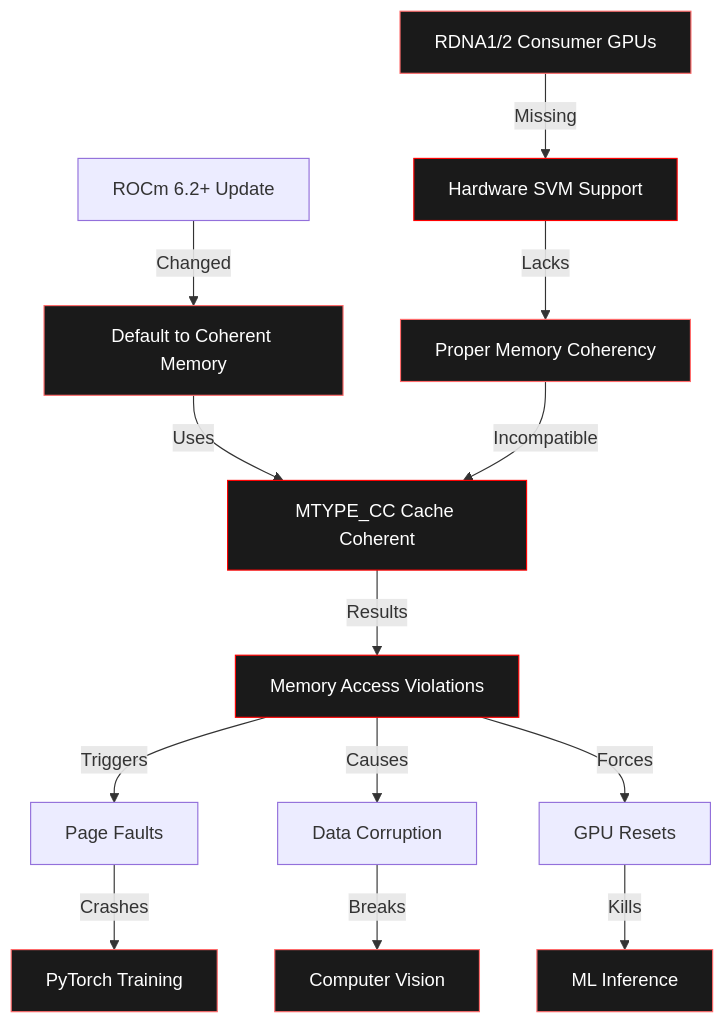
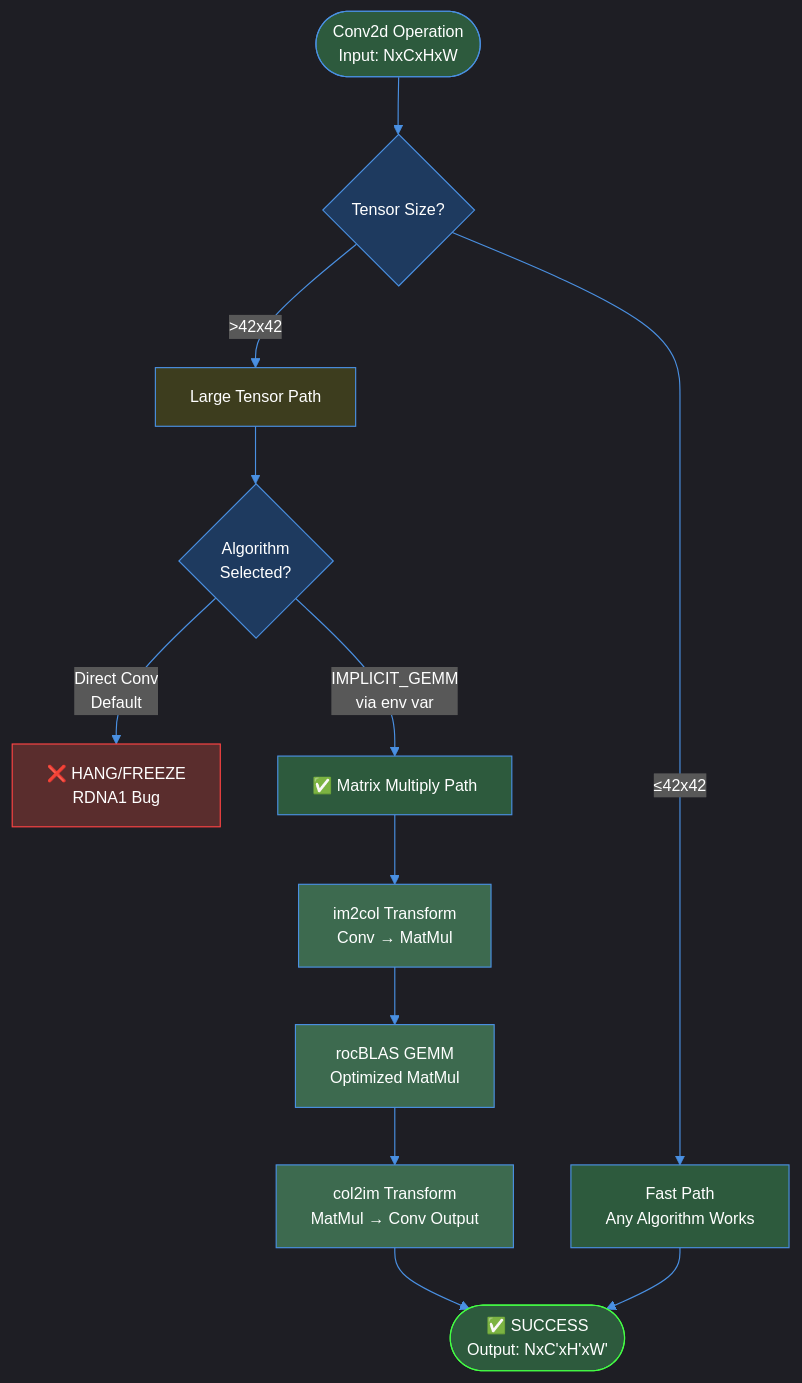
One commit to hkevin01/rocm-patch changed the second of 2 diagrams in README.md. Above: the diagram before and after it, drawn with Mermaid. The commit also changed other lines of this file and 188 other files, not shown here.

````diff
--- a/README.md
+++ b/README.md
@@ -117,29 +106,32 @@
 ```mermaid
-graph TD
-    A[RDNA1/2 Consumer GPUs] -->|Missing| B[Hardware SVM Support]
-    B -->|Lacks| C[Proper Memory Coherency]
-
-    D[ROCm 6.2+ Update] -->|Changed| E[Default to Coherent Memory]
-    E -->|Uses| F[MTYPE_CC Cache Coherent]
-
-    C -->|Incompatible| F
-    F -->|Results| G[Memory Access Violations]
-
-    G -->|Triggers| H[Page Faults]
-    G -->|Causes| I[Data Corruption]
-    G -->|Forces| J[GPU Resets]
-
-    H -->|Crashes| K[PyTorch Training]
-    I -->|Breaks| L[Computer Vision]
-    J -->|Kills| M[ML Inference]
-
-    style A fill:#1a1a1a,stroke:#ff6b6b,color:#ffffff
-    style B fill:#1a1a1a,stroke:#ff0000,color:#ffffff
-    style C fill:#1a1a1a,stroke:#ff6b6b,color:#ffffff
-    style E fill:#1a1a1a,stroke:#ff6b6b,color:#ffffff
-    style F fill:#1a1a1a,stroke:#ff0000,color:#ffffff
-    style G fill:#1a1a1a,stroke:#ff0000,color:#ffffff
-    style K fill:#1a1a1a,stroke:#ff6b6b,color:#ffffff
-    style L fill:#1a1a1a,stroke:#ff6b6b,color:#ffffff
-    style M fill:#1a1a1a,stroke:#ff6b6b,color:#ffffff
+%%{init: {'theme':'dark', 'themeVariables': { 'primaryColor':'#1e3a5f','primaryTextColor':'#fff','primaryBorderColor':'#4a90e2','lineColor':'#4a90e2','secondaryColor':'#2d5a3d','tertiaryColor':'#5a2d2d','background':'#1a1a1a','mainBkg':'#2d2d2d','secondBkg':'#3d3d3d','textColor':'#ffffff','fontSize':'14px'}}}%%
+flowchart TD
+    START([Conv2d Operation<br/>Input: NxCxHxW]) --> CHECK{Tensor Size?}
+    
+    CHECK -->|≤42x42| SMALL[Fast Path<br/>Any Algorithm Works]
+    CHECK -->|>42x42| LARGE[Large Tensor Path]
+    
+    LARGE --> ALGO{Algorithm<br/>Selected?}
+    
+    ALGO -->|Direct Conv<br/>Default| HANG[❌ HANG/FREEZE<br/>RDNA1 Bug]
+    ALGO -->|IMPLICIT_GEMM<br/>via env var| GEMM[✅ Matrix Multiply Path]
+    
+    GEMM --> IM2COL[im2col Transform<br/>Conv → MatMul]
+    IM2COL --> ROCBLAS[rocBLAS GEMM<br/>Optimized MatMul]
+    ROCBLAS --> COL2IM[col2im Transform<br/>MatMul → Conv Output]
+    COL2IM --> SUCCESS([✅ SUCCESS<br/>Output: NxC'xH'xW'])
+    
+    SMALL --> SUCCESS
+    
+    style START fill:#2d5a3d,stroke:#4a90e2,color:#fff
+    style CHECK fill:#1e3a5f,stroke:#4a90e2,color:#fff
+    style SMALL fill:#2d5a3d,stroke:#4a90e2,color:#fff
+    style LARGE fill:#3d3d1e,stroke:#4a90e2,color:#fff
+    style ALGO fill:#1e3a5f,stroke:#4a90e2,color:#fff
+    style HANG fill:#5a2d2d,stroke:#ff4444,color:#fff
+    style GEMM fill:#2d5a3d,stroke:#4a90e2,color:#fff
+    style IM2COL fill:#3d6a4f,stroke:#4a90e2,color:#fff
+    style ROCBLAS fill:#3d6a4f,stroke:#4a90e2,color:#fff
+    style COL2IM fill:#3d6a4f,stroke:#4a90e2,color:#fff
+    style SUCCESS fill:#2d5a3d,stroke:#44ff44,color:#fff
 ```
````
